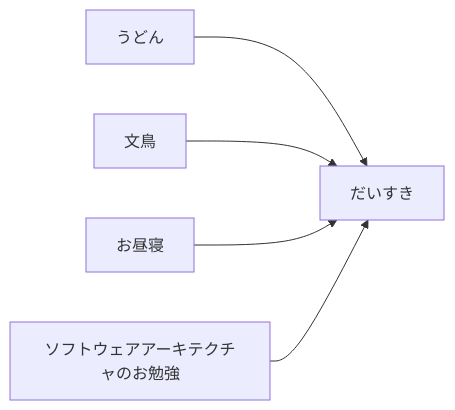
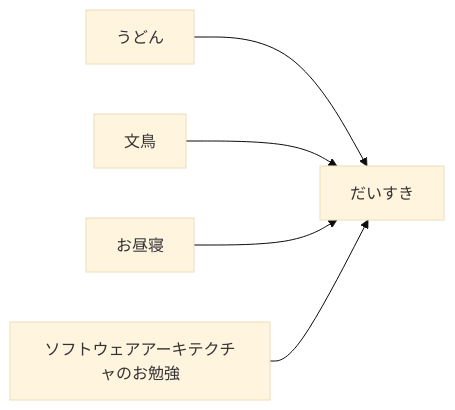
Before and after one commit to wannyanland/wannyanland: the diagram in README.md, drawn with Mermaid.

````diff
--- a/README.md
+++ b/README.md
@@ -1,4 +1,5 @@
 ```mermaid
+%%{init:{'theme':'base'}}%%
 flowchart LR
   うどん & 文鳥 & お昼寝 & ソフトウェアアーキテクチャのお勉強 --> だいすき
 ```
````
